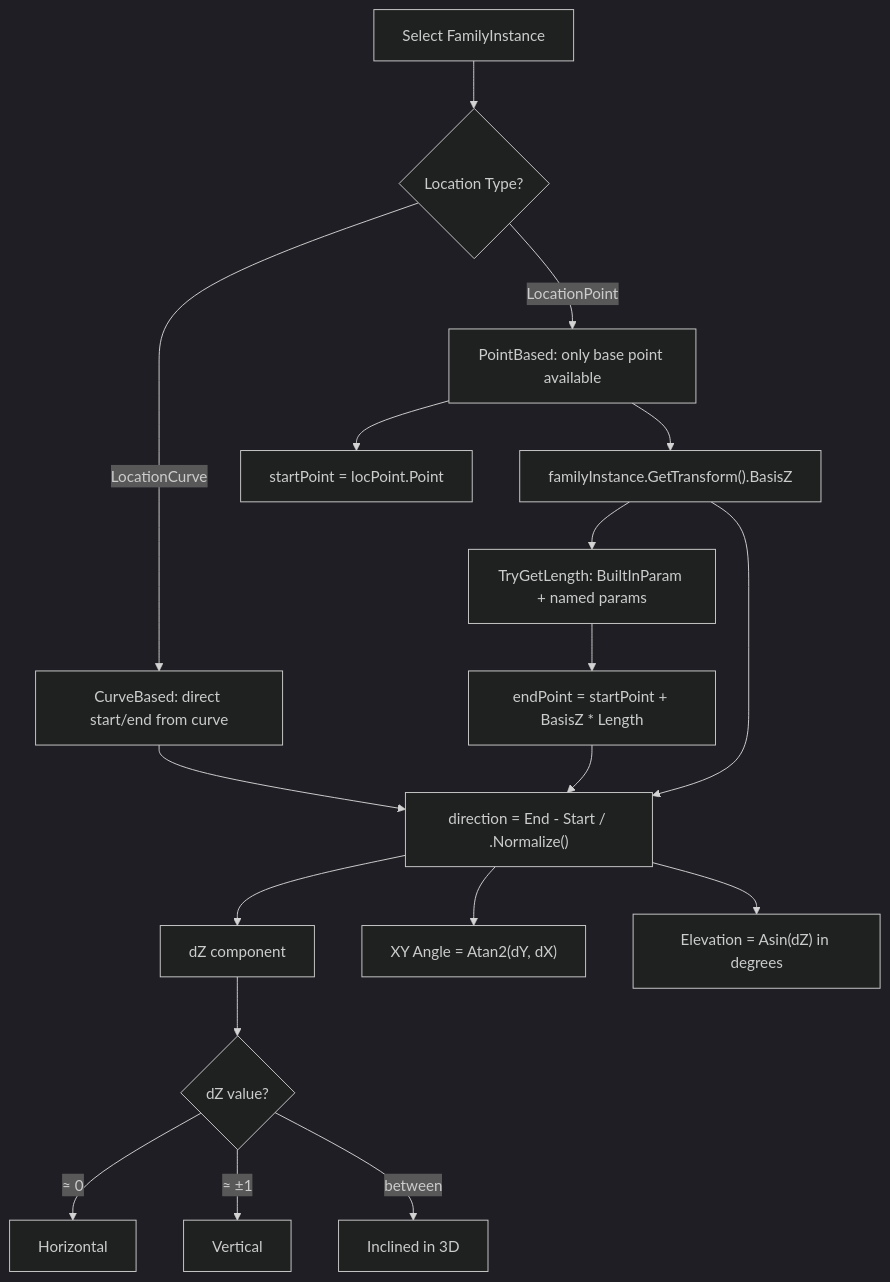
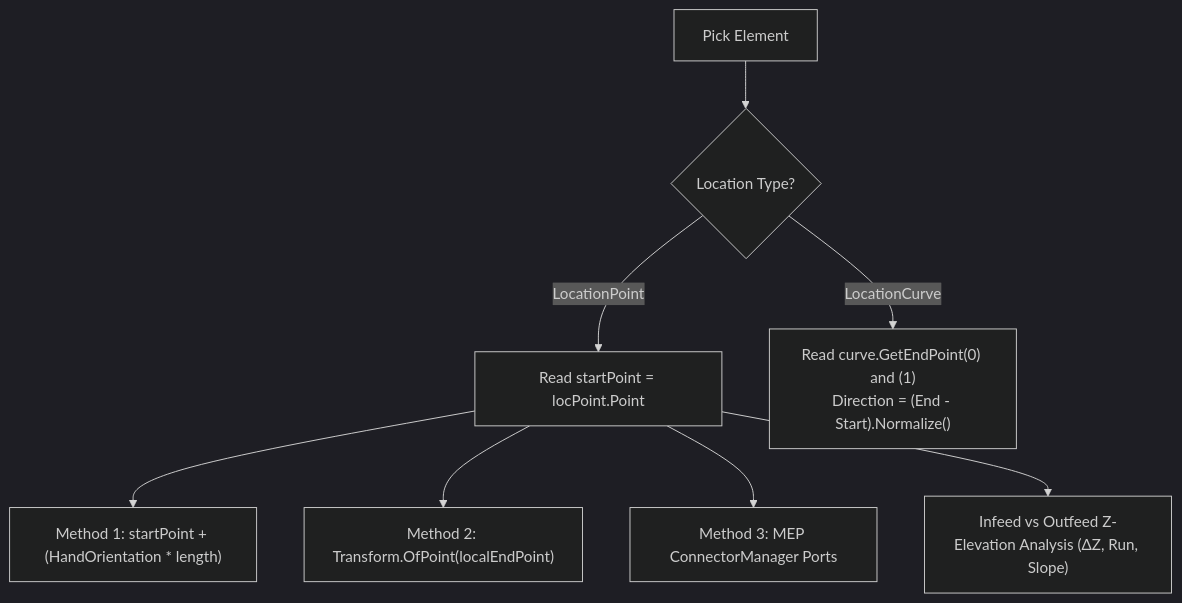
One commit to Mustafa-TOMMY/CommandSamplesRevitApiVer2025 changed the fifth of 5 diagrams in RevitApiSamples/Samples/Transform/Transform.md. Above: the diagram before and after it, drawn with Mermaid (dark theme). The commit also changed other lines of this file and 1 other file, not shown here.

Commit message:
feat(transform): add GetLocationPointEndPointCommand and document 3D direction and Z-elevation calculation methods in Transform.md

````diff
--- a/RevitApiSamples/Samples/Transform/Transform.md
+++ b/RevitApiSamples/Samples/Transform/Transform.md
@@ -272,19 +249,11 @@
 ```mermaid
 flowchart TD
-    A["Select FamilyInstance"] --> B{"Location Type?"}
-    B -- "LocationCurve" --> C["CurveBased: direct start/end from curve"]
-    C --> DIR["direction = End - Start / .Normalize()"]
-    B -- "LocationPoint" --> D["PointBased: only base point available"]
-    D --> D1["startPoint = locPoint.Point"]
-    D --> D2["familyInstance.GetTransform().BasisZ"]
-    D2 --> D3["TryGetLength: BuiltInParam + named params"]
-    D3 --> D4["endPoint = startPoint + BasisZ * Length"]
-    D2 & D4 --> DIR
-    DIR --> E["dZ component"]
-    DIR --> F["XY Angle = Atan2(dY, dX)"]
-    DIR --> G["Elevation = Asin(dZ) in degrees"]
-    E --> H{"dZ value?"}
-    H -- "≈ 0" --> H1["Horizontal"]
-    H -- "≈ ±1" --> H2["Vertical"]
-    H -- "between" --> H3["Inclined in 3D"]
+    Pick["Pick Element"] --> CheckType{"Location Type?"}
+    CheckType -->|"LocationPoint"| LocPt["Read startPoint = locPoint.Point"]
+    LocPt --> Ray["Method 1: startPoint + (HandOrientation * length)"]
+    LocPt --> Matrix["Method 2: Transform.OfPoint(localEndPoint)"]
+    LocPt --> MEP["Method 3: MEP ConnectorManager Ports"]
+    LocPt --> Elev["Infeed vs Outfeed Z-Elevation Analysis (ΔZ, Run, Slope)"]
+    
+    CheckType -->|"LocationCurve"| LocCrv["Read curve.GetEndPoint(0) and (1)<br/>Direction = (End - Start).Normalize()"]
 ```
````
